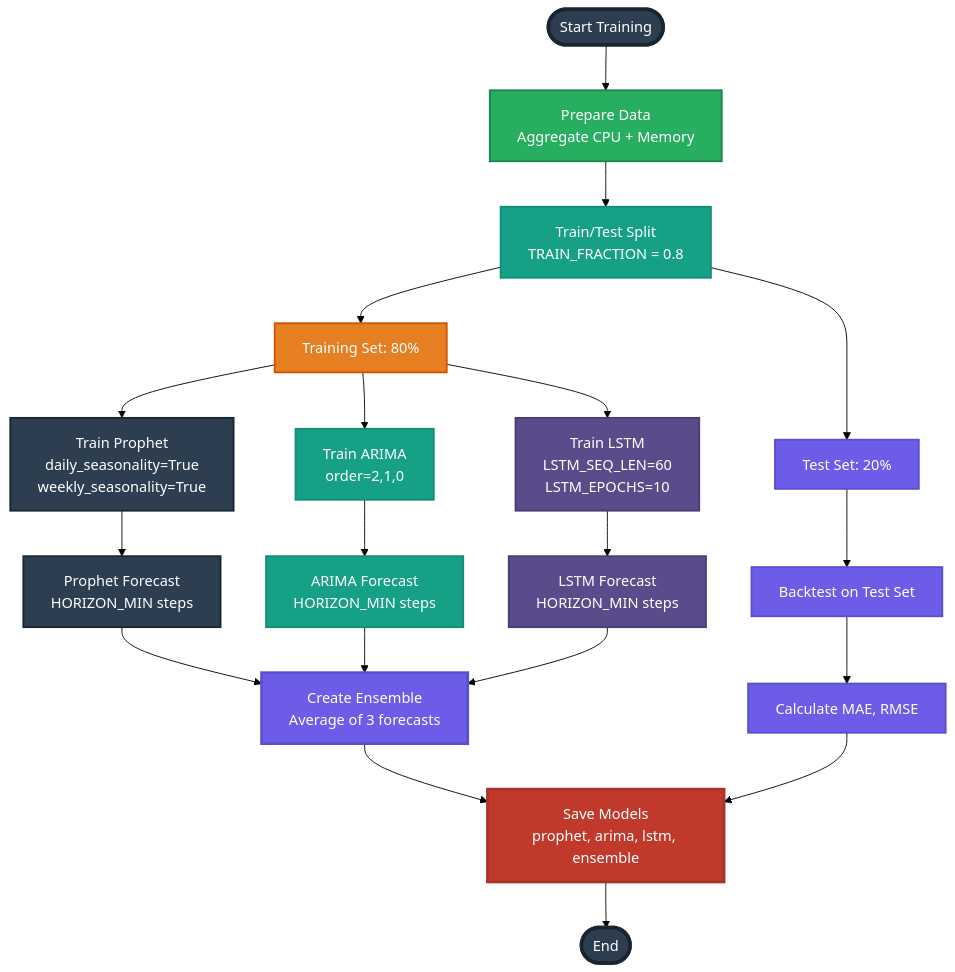
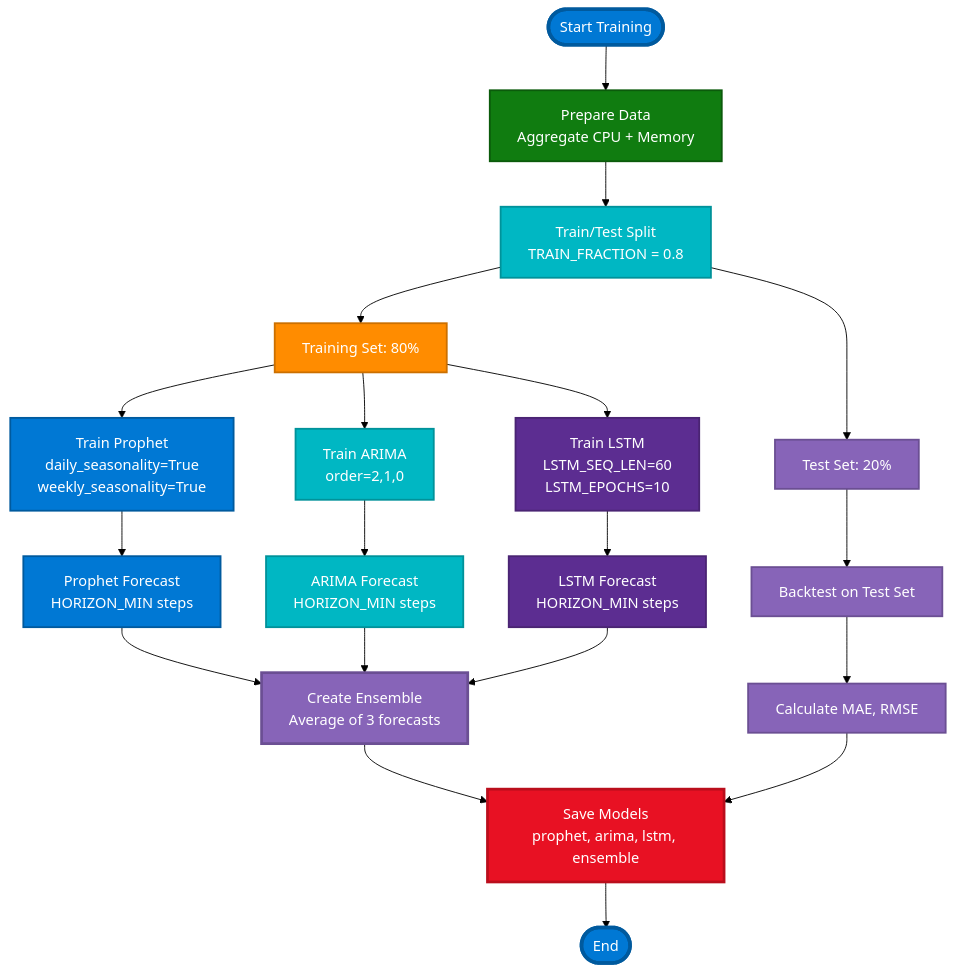
Before and after one commit to k8sautom8/metrics-ml: the fourth of 11 diagrams in Docs/VISUAL_ARCHITECTURE_GUIDE.md, drawn with Mermaid (forest theme). The commit also changed other lines of this file, not shown here.

````diff
--- a/Docs/VISUAL_ARCHITECTURE_GUIDE.md
+++ b/Docs/VISUAL_ARCHITECTURE_GUIDE.md
@@ -308,52 +308,52 @@
 ```mermaid
 flowchart TD
     Start([Start Training]) --> DataPrep[Prepare Data<br/>Aggregate CPU + Memory]
     
     DataPrep --> Split[Train/Test Split<br/>TRAIN_FRACTION = 0.8]
     
     Split --> TrainSet[Training Set: 80%]
     Split --> TestSet[Test Set: 20%]
     
     TrainSet --> Prophet[Train Prophet<br/>daily_seasonality=True<br/>weekly_seasonality=True]
     TrainSet --> ARIMA[Train ARIMA<br/>order=2,1,0]
     TrainSet --> LSTM[Train LSTM<br/>LSTM_SEQ_LEN=60<br/>LSTM_EPOCHS=10]
     
     Prophet --> PForecast[Prophet Forecast<br/>HORIZON_MIN steps]
     ARIMA --> AForecast[ARIMA Forecast<br/>HORIZON_MIN steps]
     LSTM --> LForecast[LSTM Forecast<br/>HORIZON_MIN steps]
     
     PForecast --> Ensemble[Create Ensemble<br/>Average of 3 forecasts]
     AForecast --> Ensemble
     LForecast --> Ensemble
     
     Ensemble --> Save[Save Models<br/>prophet, arima, lstm, ensemble]
     
     TestSet --> Backtest[Backtest on Test Set]
     Backtest --> Metrics[Calculate MAE, RMSE]
     Metrics --> Save
     
     Save --> End([End])
     
-    classDef startEnd fill:#2C3E50,stroke:#1A252F,stroke-width:4px,color:#fff
-    classDef dataPrep fill:#27AE60,stroke:#1E8449,stroke-width:2px,color:#fff
-    classDef split fill:#16A085,stroke:#138D75,stroke-width:2px,color:#fff
-    classDef trainSet fill:#E67E22,stroke:#D35400,stroke-width:2px,color:#fff
-    classDef testSet fill:#6C5CE7,stroke:#5A4FCF,stroke-width:2px,color:#fff
-    classDef prophet fill:#2C3E50,stroke:#1A252F,stroke-width:2px,color:#fff
-    classDef arima fill:#16A085,stroke:#138D75,stroke-width:2px,color:#fff
-    classDef lstm fill:#5B4B8A,stroke:#4A3D73,stroke-width:2px,color:#fff
-    classDef ensemble fill:#6C5CE7,stroke:#5A4FCF,stroke-width:3px,color:#fff
-    classDef save fill:#C0392B,stroke:#A93226,stroke-width:3px,color:#fff
-    classDef backtest fill:#E67E22,stroke:#D35400,stroke-width:2px,color:#fff
+    classDef startEnd fill:#0078D4,stroke:#005A9E,stroke-width:4px,color:#fff
+    classDef dataPrep fill:#107C10,stroke:#0B5A0B,stroke-width:2px,color:#fff
+    classDef split fill:#00B7C3,stroke:#00929A,stroke-width:2px,color:#fff
+    classDef trainSet fill:#FF8C00,stroke:#CC7000,stroke-width:2px,color:#fff
+    classDef testSet fill:#8764B8,stroke:#6B4F93,stroke-width:2px,color:#fff
+    classDef prophet fill:#0078D4,stroke:#005A9E,stroke-width:2px,color:#fff
+    classDef arima fill:#00B7C3,stroke:#00929A,stroke-width:2px,color:#fff
+    classDef lstm fill:#5C2D91,stroke:#4A2473,stroke-width:2px,color:#fff
+    classDef ensemble fill:#8764B8,stroke:#6B4F93,stroke-width:3px,color:#fff
+    classDef save fill:#E81123,stroke:#BA0E1C,stroke-width:3px,color:#fff
+    classDef backtest fill:#FF8C00,stroke:#CC7000,stroke-width:2px,color:#fff
     
     class Start,End startEnd
     class DataPrep dataPrep
     class Split split
     class TrainSet trainSet
     class TestSet,Backtest,Metrics testSet
     class Prophet,PForecast prophet
     class ARIMA,AForecast arima
     class LSTM,LForecast lstm
     class Ensemble ensemble
     class Save save
 ```
````
